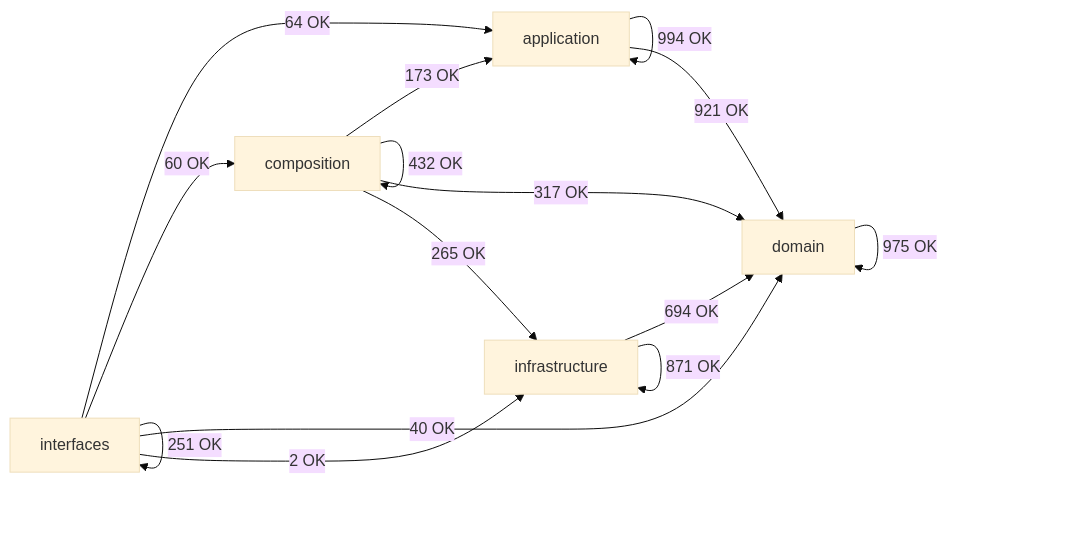
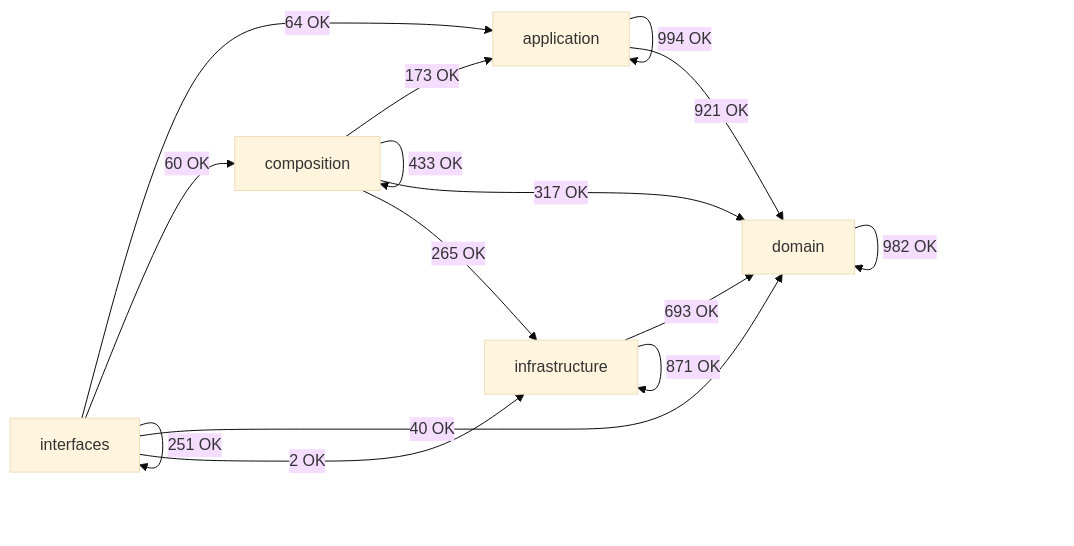
The diagram in docs/02-architecture/generated/module-dependency-map.md (SatoryKono/BioactivityDataAcquisition), drawn with Mermaid (base theme) before and after one commit. The commit also changed other lines of this file and 14 other files, not shown here.

````diff
--- a/docs/02-architecture/generated/module-dependency-map.md
+++ b/docs/02-architecture/generated/module-dependency-map.md
@@ -17,22 +17,22 @@
 ```mermaid
 flowchart LR
     domain[domain]
     application[application]
     infrastructure[infrastructure]
     composition[composition]
     interfaces[interfaces]
     application -->|994 OK| application
     application -->|921 OK| domain
     composition -->|173 OK| application
-    composition -->|432 OK| composition
+    composition -->|433 OK| composition
     composition -->|317 OK| domain
     composition -->|265 OK| infrastructure
-    domain -->|975 OK| domain
-    infrastructure -->|694 OK| domain
+    domain -->|982 OK| domain
+    infrastructure -->|693 OK| domain
     infrastructure -->|871 OK| infrastructure
     interfaces -->|64 OK| application
     interfaces -->|60 OK| composition
     interfaces -->|40 OK| domain
     interfaces -->|2 OK| infrastructure
     interfaces -->|251 OK| interfaces
 ```
````
